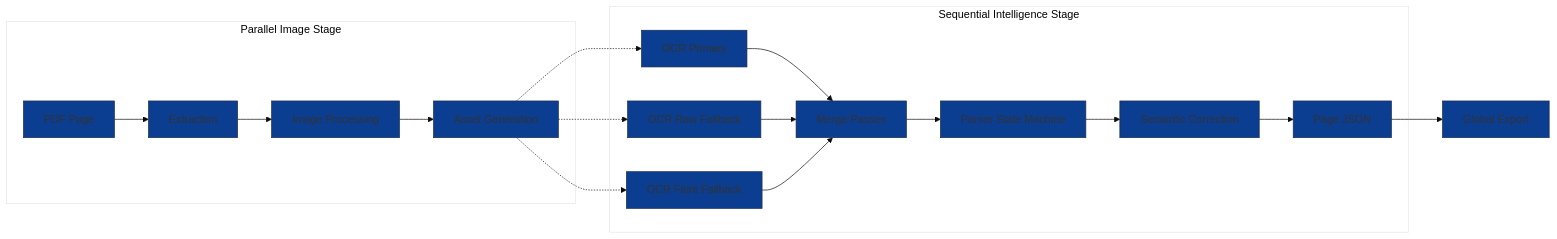
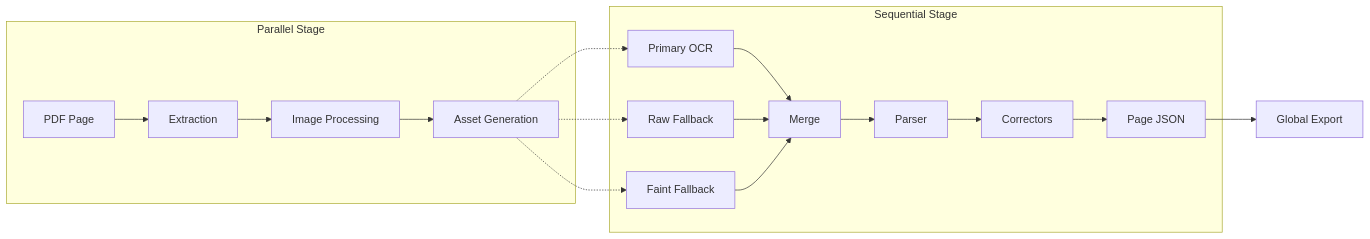
One commit to JeanLouisParent/Nasa-Transcript-Processor changed the first of 4 diagrams in docs/PIPELINE.md. Above: the diagram before and after it, drawn with Mermaid. The commit also changed other lines of this file and 10 other files, not shown here.

First line of the commit message:
Refactor documentation and add JSON Schema validation

````diff
--- a/docs/PIPELINE.md
+++ b/docs/PIPELINE.md
@@ -8,23 +19,22 @@
 ```mermaid
-%%{init: {'theme': 'base', 'themeVariables': { 'primaryColor': '#0B3D91', 'secondaryColor': '#8BA1B4', 'tertiaryColor': '#fff' }}}%%
 flowchart LR
-    subgraph "Parallel Image Stage"
-    RAW[PDF Page] --> EXT[Extraction]
-    EXT --> IMG[Image Processing]
-    IMG --> OUT[Asset Generation]
+    subgraph "Parallel Stage"
+        PDF[PDF Page] --> EXT[Extraction]
+        EXT --> IMG[Image Processing]
+        IMG --> OUT[Asset Generation]
     end
 
-    subgraph "Sequential Intelligence Stage"
-    OUT -.-> OCR1[OCR Primary]
-    OUT -.-> OCR2[OCR Raw Fallback]
-    OUT -.-> OCR3[OCR Faint Fallback]
-    OCR1 --> MERGE[Merge Passes]
-    OCR2 --> MERGE
-    OCR3 --> MERGE
-    MERGE --> PARSE[Parser State Machine]
-    PARSE --> CORR[Semantic Correction]
-    CORR --> JSON[Page JSON]
+    subgraph "Sequential Stage"
+        OUT -.-> OCR1[Primary OCR]
+        OUT -.-> OCR2[Raw Fallback]
+        OUT -.-> OCR3[Faint Fallback]
+        OCR1 --> MERGE[Merge]
+        OCR2 --> MERGE
+        OCR3 --> MERGE
+        MERGE --> PARSE[Parser]
+        PARSE --> CORR[Correctors]
+        CORR --> JSON[Page JSON]
     end
 
     JSON --> EXP[Global Export]
 ```
````
